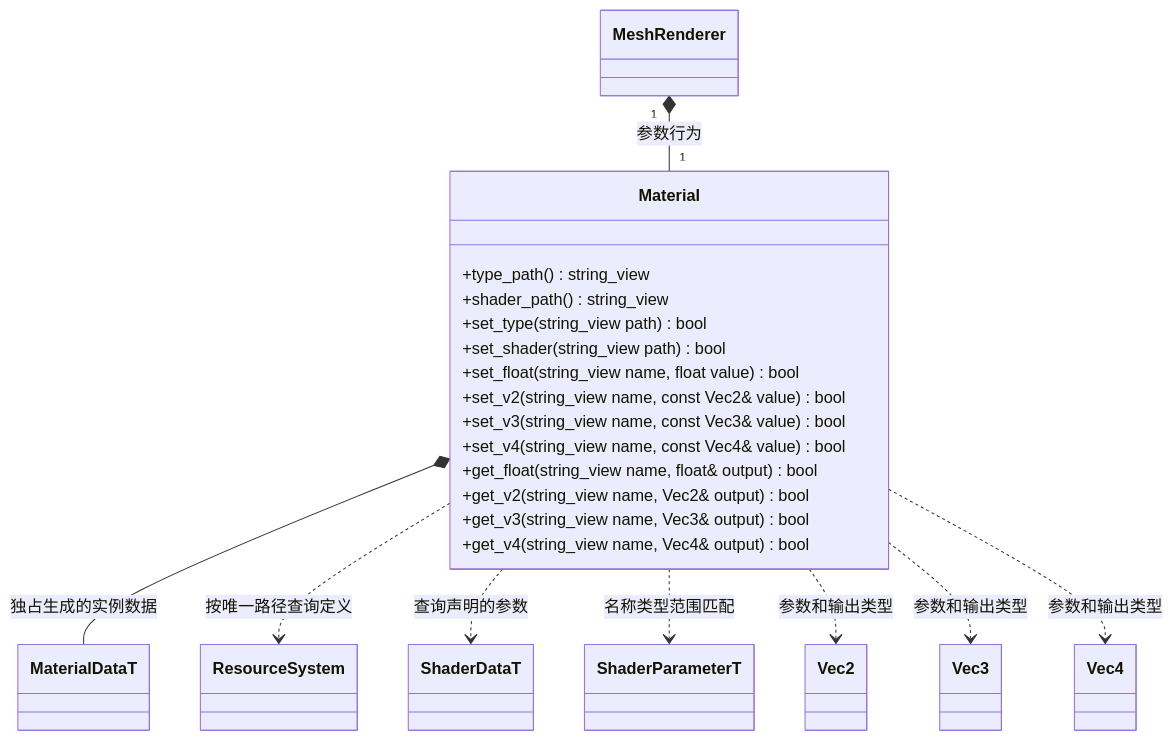
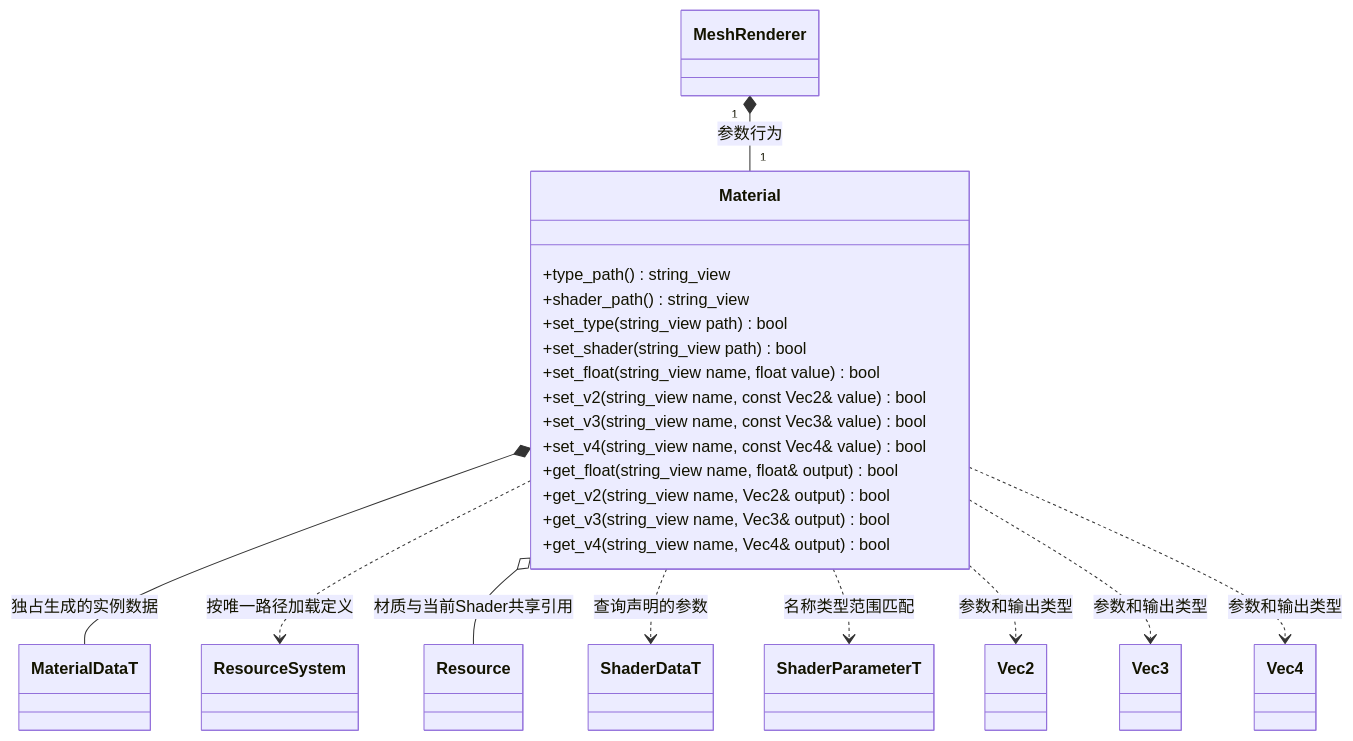
The diagram in docs/runtime/class-diagrams/material.md (lcals/Engine), drawn with Mermaid before and after one commit. The commit also changed other lines of this file and 96 other files, not shown here.

````diff
--- a/docs/runtime/class-diagrams/material.md
+++ b/docs/runtime/class-diagrams/material.md
@@ -5,33 +5,35 @@
 ```mermaid
 classDiagram
     class Material {
         +type_path() string_view
         +shader_path() string_view
         +set_type(string_view path) bool
         +set_shader(string_view path) bool
         +set_float(string_view name, float value) bool
         +set_v2(string_view name, const Vec2& value) bool
         +set_v3(string_view name, const Vec3& value) bool
         +set_v4(string_view name, const Vec4& value) bool
         +get_float(string_view name, float& output) bool
         +get_v2(string_view name, Vec2& output) bool
         +get_v3(string_view name, Vec3& output) bool
         +get_v4(string_view name, Vec4& output) bool
     }
     class MeshRenderer
     class ResourceSystem
+    class Resource
     class MaterialDataT
     class ShaderDataT
     class ShaderParameterT
     class Vec2
     class Vec3
     class Vec4
     MeshRenderer "1" *-- "1" Material : 参数行为
     Material *-- MaterialDataT : 独占生成的实例数据
-    Material ..> ResourceSystem : 按唯一路径查询定义
+    Material ..> ResourceSystem : 按唯一路径加载定义
+    Material o-- Resource : 材质与当前Shader共享引用
     Material ..> ShaderDataT : 查询声明的参数
     Material ..> ShaderParameterT : 名称类型范围匹配
     Material ..> Vec2 : 参数和输出类型
     Material ..> Vec3 : 参数和输出类型
     Material ..> Vec4 : 参数和输出类型
 ```
````
